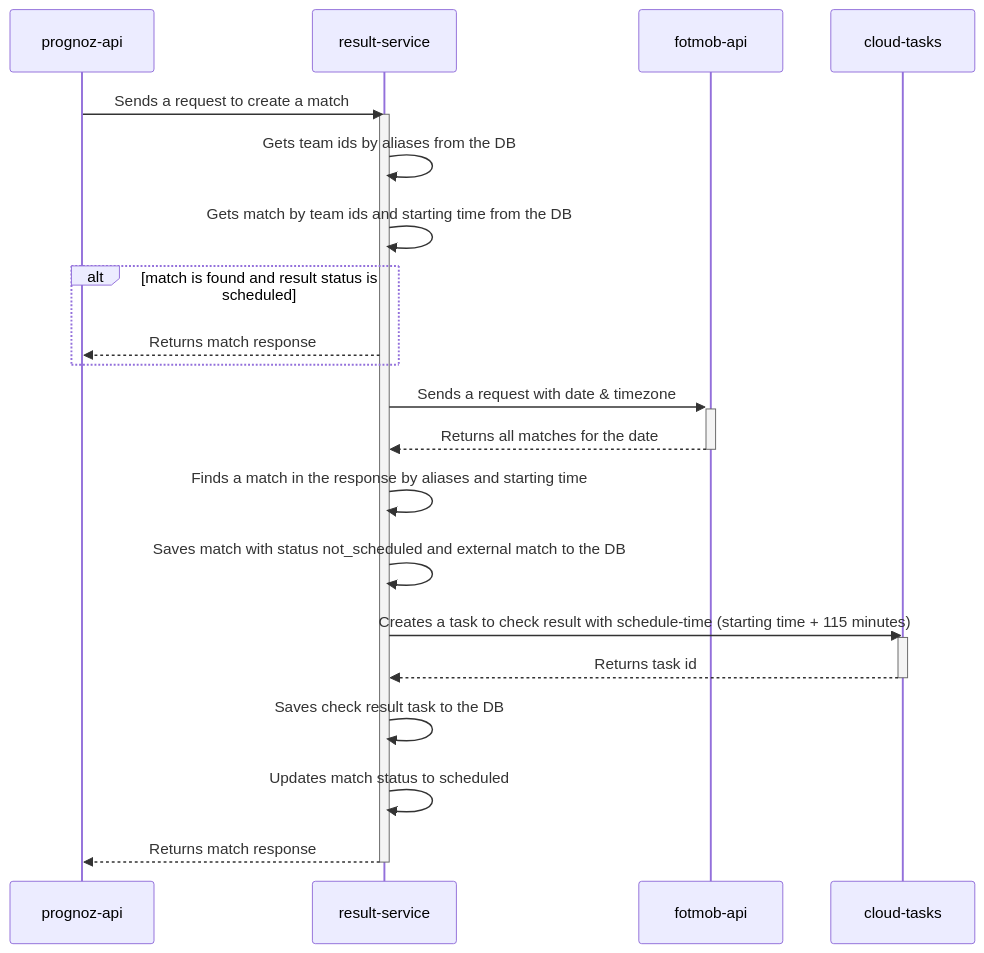
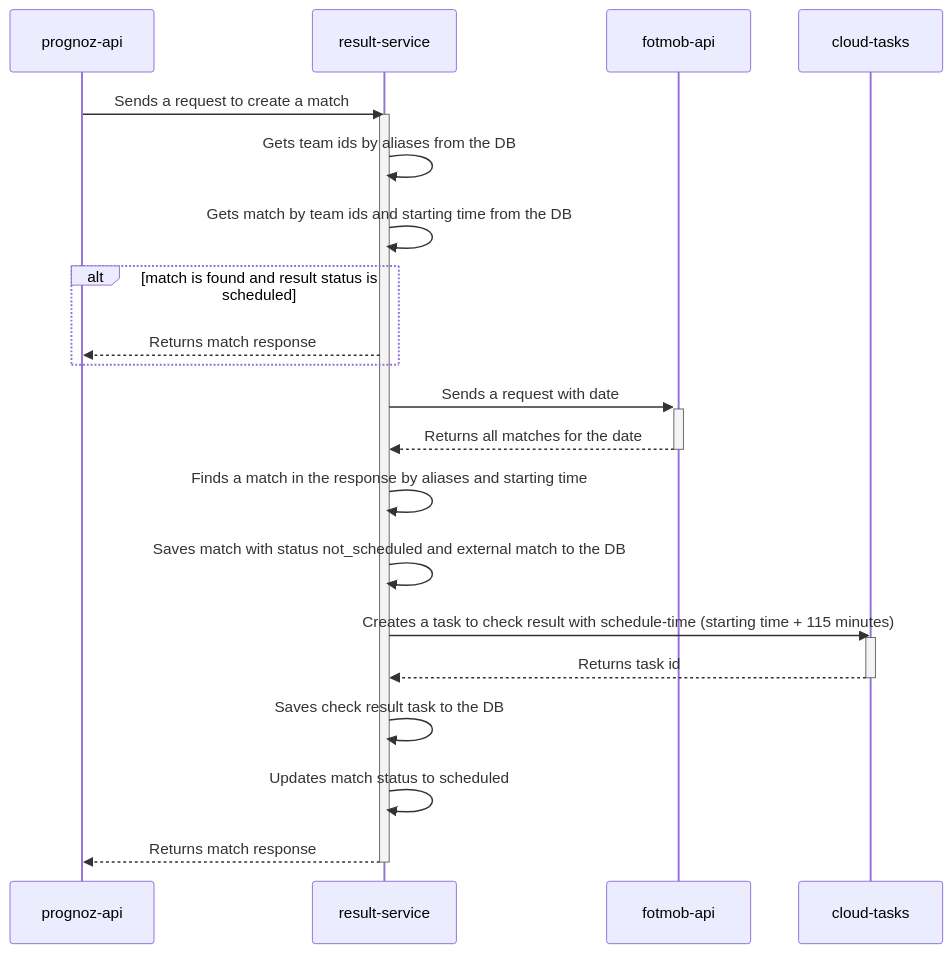
The third of 7 diagrams in README.md (andrewshostak/result-service), drawn with Mermaid before and after one commit. The commit also changed other lines of this file and 4 other files, not shown here.

````diff
--- a/README.md
+++ b/README.md
@@ -128,26 +128,26 @@
 ```mermaid
 sequenceDiagram
 participant API as prognoz-api
 participant ResultService as result-service
 participant Fotmob as fotmob-api
 participant CloudTasks as cloud-tasks
 API->>ResultService: Sends a request to create a match
 Activate ResultService
 ResultService->>ResultService: Gets team ids by aliases from the DB
 ResultService->>ResultService: Gets match by team ids and starting time from the DB
 alt match is found and result status is scheduled
     ResultService-->>API: Returns match response
 end
-ResultService->>+Fotmob: Sends a request with date & timezone
+ResultService->>+Fotmob: Sends a request with date
 Fotmob-->>-ResultService: Returns all matches for the date
 ResultService->>ResultService: Finds a match in the response by aliases and starting time
 ResultService->>ResultService: Saves match with status not_scheduled and external match to the DB
 ResultService->>CloudTasks: Creates a task to check result with schedule-time (starting time + 115 minutes)
 Activate CloudTasks
 CloudTasks-->>ResultService: Returns task id
 Deactivate CloudTasks
 ResultService->>ResultService: Saves check result task to the DB
 ResultService->>ResultService: Updates match status to scheduled
 ResultService-->>API: Returns match response
 Deactivate ResultService
 ```
````
